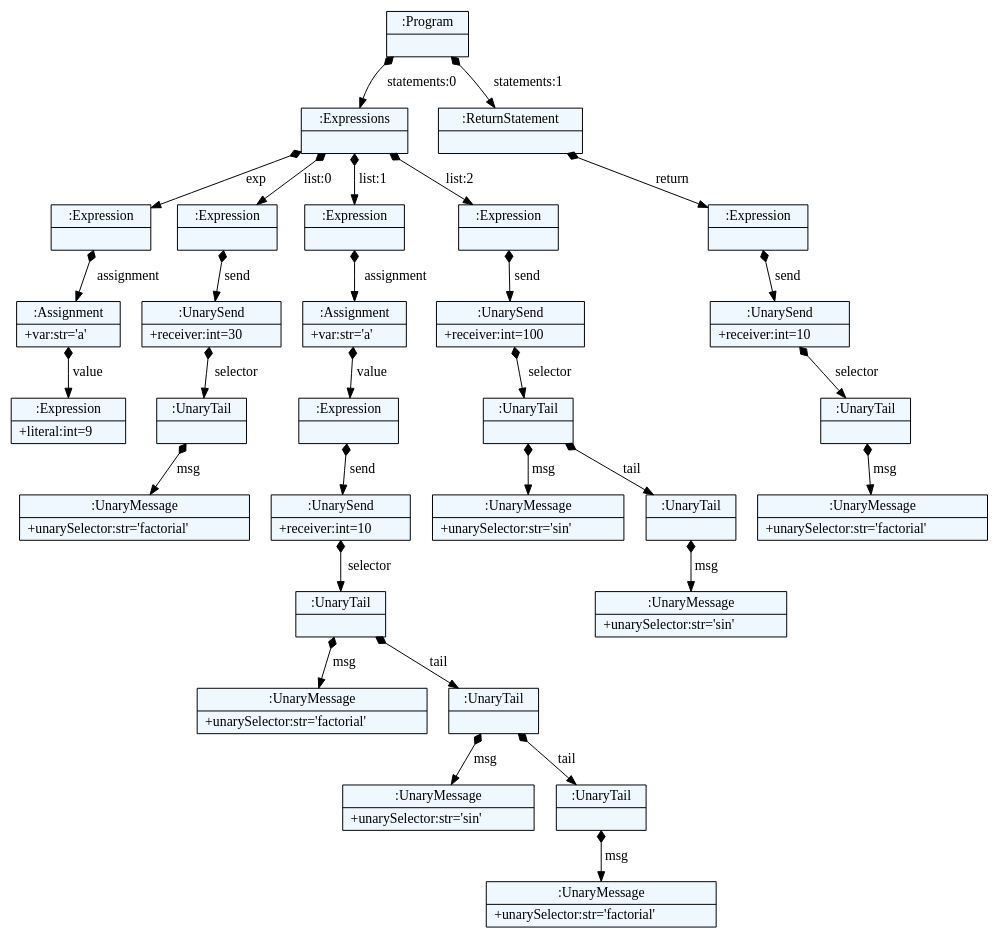
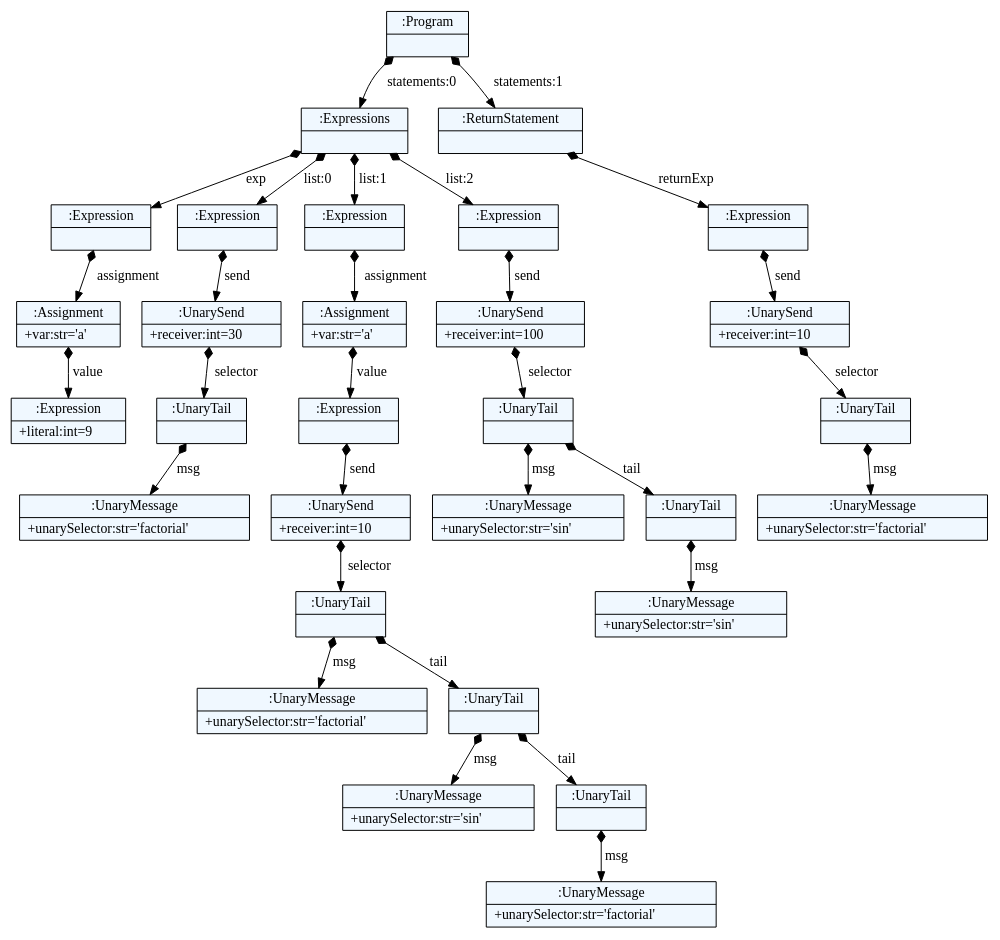
One commit to spcnz/smalltalk-parser changed the diagram in parser/dot/complex_unary_msg.dot. Above: the diagram before and after it, drawn with Graphviz. The commit also changed 29 other files, not shown here.

```diff
--- a/parser/dot/complex_unary_msg.dot
+++ b/parser/dot/complex_unary_msg.dot
@@ -1,74 +1,74 @@
 
     digraph textX {
     fontname = "Bitstream Vera Sans"
     fontsize = 8
     node[
         shape=record,
         style=filled,
         fillcolor=aliceblue
     ]
     nodesep = 0.3
     edge[dir=black,arrowtail=empty]
 
 
-2169893543384 -> 2169897030432 [label="statements:0" arrowtail=diamond dir=both]
-2169897030432 -> 2169897030040 [label="exp" arrowtail=diamond dir=both]
-2169897030040 -> 2169897029872 [label="assignment" arrowtail=diamond dir=both]
-2169897029872 -> 2169897032840 [label="value" arrowtail=diamond dir=both]
-2169897032840[label="{:Expression|+literal:int=9\l}"]
-2169897029872[label="{:Assignment|+var:str='a'\l}"]
-2169897030040[label="{:Expression|}"]
-2169897030432 -> 2169897029984 [label="list:0" arrowtail=diamond dir=both]
-2169897029984 -> 2169897029760 [label="send" arrowtail=diamond dir=both]
-2169897029760 -> 2169897032504 [label="selector" arrowtail=diamond dir=both]
-2169897032504 -> 2169897032616 [label="msg" arrowtail=diamond dir=both]
-2169897032616[label="{:UnaryMessage|+unarySelector:str='factorial'\l}"]
-2169897032504[label="{:UnaryTail|}"]
-2169897029760[label="{:UnarySend|+receiver:int=30\l}"]
-2169897029984[label="{:Expression|}"]
-2169897030432 -> 2169897029928 [label="list:1" arrowtail=diamond dir=both]
-2169897029928 -> 2169897032392 [label="assignment" arrowtail=diamond dir=both]
-2169897032392 -> 2169897032728 [label="value" arrowtail=diamond dir=both]
-2169897032728 -> 2169897032896 [label="send" arrowtail=diamond dir=both]
-2169897032896 -> 2169897033288 [label="selector" arrowtail=diamond dir=both]
-2169897033288 -> 2169897033120 [label="msg" arrowtail=diamond dir=both]
-2169897033120[label="{:UnaryMessage|+unarySelector:str='factorial'\l}"]
-2169897033288 -> 2169897031832 [label="tail" arrowtail=diamond dir=both]
-2169897031832 -> 2169897033680 [label="msg" arrowtail=diamond dir=both]
-2169897033680[label="{:UnaryMessage|+unarySelector:str='sin'\l}"]
-2169897031832 -> 2169897033568 [label="tail" arrowtail=diamond dir=both]
-2169897033568 -> 2169897033456 [label="msg" arrowtail=diamond dir=both]
-2169897033456[label="{:UnaryMessage|+unarySelector:str='factorial'\l}"]
-2169897033568[label="{:UnaryTail|}"]
-2169897031832[label="{:UnaryTail|}"]
-2169897033288[label="{:UnaryTail|}"]
-2169897032896[label="{:UnarySend|+receiver:int=10\l}"]
-2169897032728[label="{:Expression|}"]
-2169897032392[label="{:Assignment|+var:str='a'\l}"]
-2169897029928[label="{:Expression|}"]
-2169897030432 -> 2169897029816 [label="list:2" arrowtail=diamond dir=both]
-2169897029816 -> 2169897032336 [label="send" arrowtail=diamond dir=both]
-2169897032336 -> 2169897031888 [label="selector" arrowtail=diamond dir=both]
-2169897031888 -> 2169897033176 [label="msg" arrowtail=diamond dir=both]
-2169897033176[label="{:UnaryMessage|+unarySelector:str='sin'\l}"]
-2169897031888 -> 2169897031776 [label="tail" arrowtail=diamond dir=both]
-2169897031776 -> 2169897033512 [label="msg" arrowtail=diamond dir=both]
-2169897033512[label="{:UnaryMessage|+unarySelector:str='sin'\l}"]
-2169897031776[label="{:UnaryTail|}"]
-2169897031888[label="{:UnaryTail|}"]
-2169897032336[label="{:UnarySend|+receiver:int=100\l}"]
-2169897029816[label="{:Expression|}"]
-2169897030432[label="{:Expressions|}"]
-2169893543384 -> 2169897030096 [label="statements:1" arrowtail=diamond dir=both]
-2169897030096 -> 2169897032448 [label="return" arrowtail=diamond dir=both]
-2169897032448 -> 2169897032784 [label="send" arrowtail=diamond dir=both]
-2169897032784 -> 2169897031720 [label="selector" arrowtail=diamond dir=both]
-2169897031720 -> 2169897031608 [label="msg" arrowtail=diamond dir=both]
-2169897031608[label="{:UnaryMessage|+unarySelector:str='factorial'\l}"]
-2169897031720[label="{:UnaryTail|}"]
-2169897032784[label="{:UnarySend|+receiver:int=10\l}"]
-2169897032448[label="{:Expression|}"]
-2169897030096[label="{:ReturnStatement|}"]
-2169893543384[label="{:Program|}"]
+1970548134688 -> 1970551620496 [label="statements:0" arrowtail=diamond dir=both]
+1970551620496 -> 1970551619656 [label="exp" arrowtail=diamond dir=both]
+1970551619656 -> 1970551620048 [label="assignment" arrowtail=diamond dir=both]
+1970551620048 -> 1970551622064 [label="value" arrowtail=diamond dir=both]
+1970551622064[label="{:Expression|+literal:int=9\l}"]
+1970551620048[label="{:Assignment|+var:str='a'\l}"]
+1970551619656[label="{:Expression|}"]
+1970551620496 -> 1970551620160 [label="list:0" arrowtail=diamond dir=both]
+1970551620160 -> 1970551619936 [label="send" arrowtail=diamond dir=both]
+1970551619936 -> 1970551622904 [label="selector" arrowtail=diamond dir=both]
+1970551622904 -> 1970551622512 [label="msg" arrowtail=diamond dir=both]
+1970551622512[label="{:UnaryMessage|+unarySelector:str='factorial'\l}"]
+1970551622904[label="{:UnaryTail|}"]
+1970551619936[label="{:UnarySend|+receiver:int=30\l}"]
+1970551620160[label="{:Expression|}"]
+1970551620496 -> 1970551620104 [label="list:1" arrowtail=diamond dir=both]
+1970551620104 -> 1970551622568 [label="assignment" arrowtail=diamond dir=both]
+1970551622568 -> 1970551622400 [label="value" arrowtail=diamond dir=both]
+1970551622400 -> 1970551623072 [label="send" arrowtail=diamond dir=both]
+1970551623072 -> 1970551621952 [label="selector" arrowtail=diamond dir=both]
+1970551621952 -> 1970551623352 [label="msg" arrowtail=diamond dir=both]
+1970551623352[label="{:UnaryMessage|+unarySelector:str='factorial'\l}"]
+1970551621952 -> 1970551623240 [label="tail" arrowtail=diamond dir=both]
+1970551623240 -> 1970551621896 [label="msg" arrowtail=diamond dir=both]
+1970551621896[label="{:UnaryMessage|+unarySelector:str='sin'\l}"]
+1970551623240 -> 1970551623632 [label="tail" arrowtail=diamond dir=both]
+1970551623632 -> 1970551623520 [label="msg" arrowtail=diamond dir=both]
+1970551623520[label="{:UnaryMessage|+unarySelector:str='factorial'\l}"]
+1970551623632[label="{:UnaryTail|}"]
+1970551623240[label="{:UnaryTail|}"]
+1970551621952[label="{:UnaryTail|}"]
+1970551623072[label="{:UnarySend|+receiver:int=10\l}"]
+1970551622400[label="{:Expression|}"]
+1970551622568[label="{:Assignment|+var:str='a'\l}"]
+1970551620104[label="{:Expression|}"]
+1970551620496 -> 1970551619992 [label="list:2" arrowtail=diamond dir=both]
+1970551619992 -> 1970551622456 [label="send" arrowtail=diamond dir=both]
+1970551622456 -> 1970551622960 [label="selector" arrowtail=diamond dir=both]
+1970551622960 -> 1970551623408 [label="msg" arrowtail=diamond dir=both]
+1970551623408[label="{:UnaryMessage|+unarySelector:str='sin'\l}"]
+1970551622960 -> 1970551623184 [label="tail" arrowtail=diamond dir=both]
+1970551623184 -> 1970551623576 [label="msg" arrowtail=diamond dir=both]
+1970551623576[label="{:UnaryMessage|+unarySelector:str='sin'\l}"]
+1970551623184[label="{:UnaryTail|}"]
+1970551622960[label="{:UnaryTail|}"]
+1970551622456[label="{:UnarySend|+receiver:int=100\l}"]
+1970551619992[label="{:Expression|}"]
+1970551620496[label="{:Expressions|}"]
+1970548134688 -> 1970551619712 [label="statements:1" arrowtail=diamond dir=both]
+1970551619712 -> 1970551622624 [label="returnExp" arrowtail=diamond dir=both]
+1970551622624 -> 1970551623016 [label="send" arrowtail=diamond dir=both]
+1970551623016 -> 1970551621784 [label="selector" arrowtail=diamond dir=both]
+1970551621784 -> 1970551621672 [label="msg" arrowtail=diamond dir=both]
+1970551621672[label="{:UnaryMessage|+unarySelector:str='factorial'\l}"]
+1970551621784[label="{:UnaryTail|}"]
+1970551623016[label="{:UnarySend|+receiver:int=10\l}"]
+1970551622624[label="{:Expression|}"]
+1970551619712[label="{:ReturnStatement|}"]
+1970548134688[label="{:Program|}"]
 
 }
```
